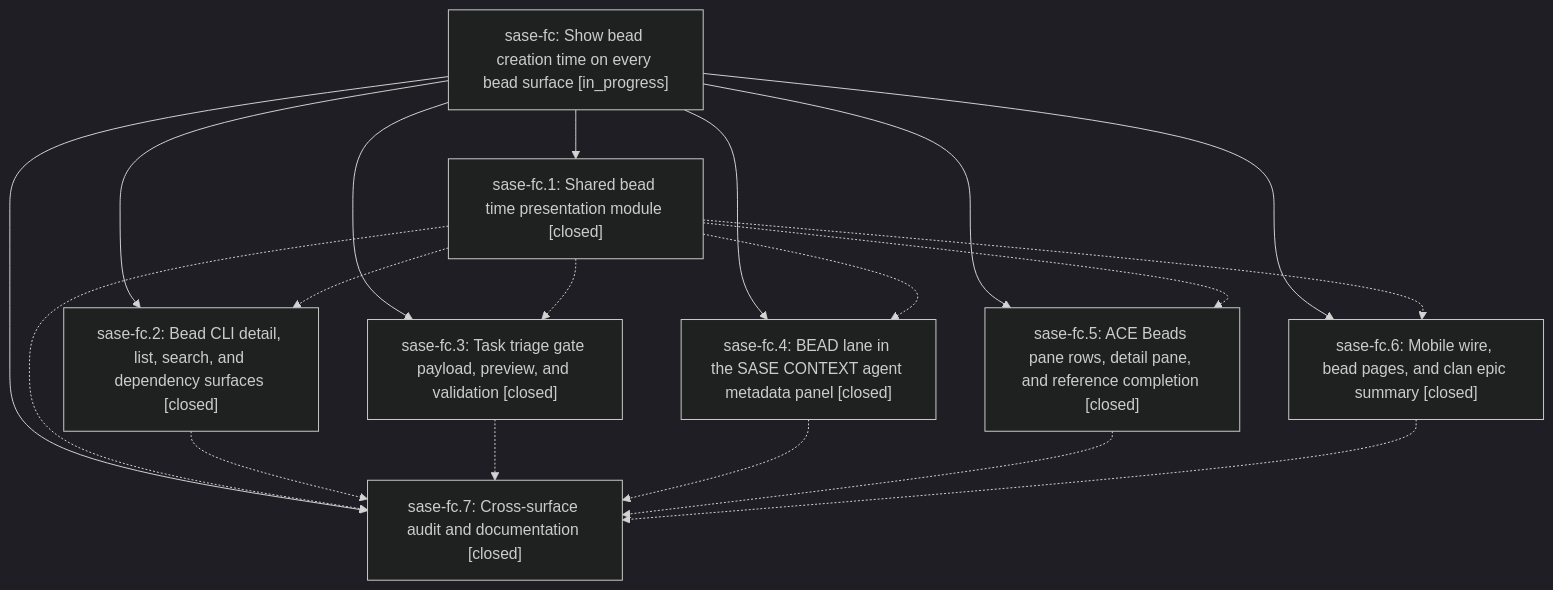
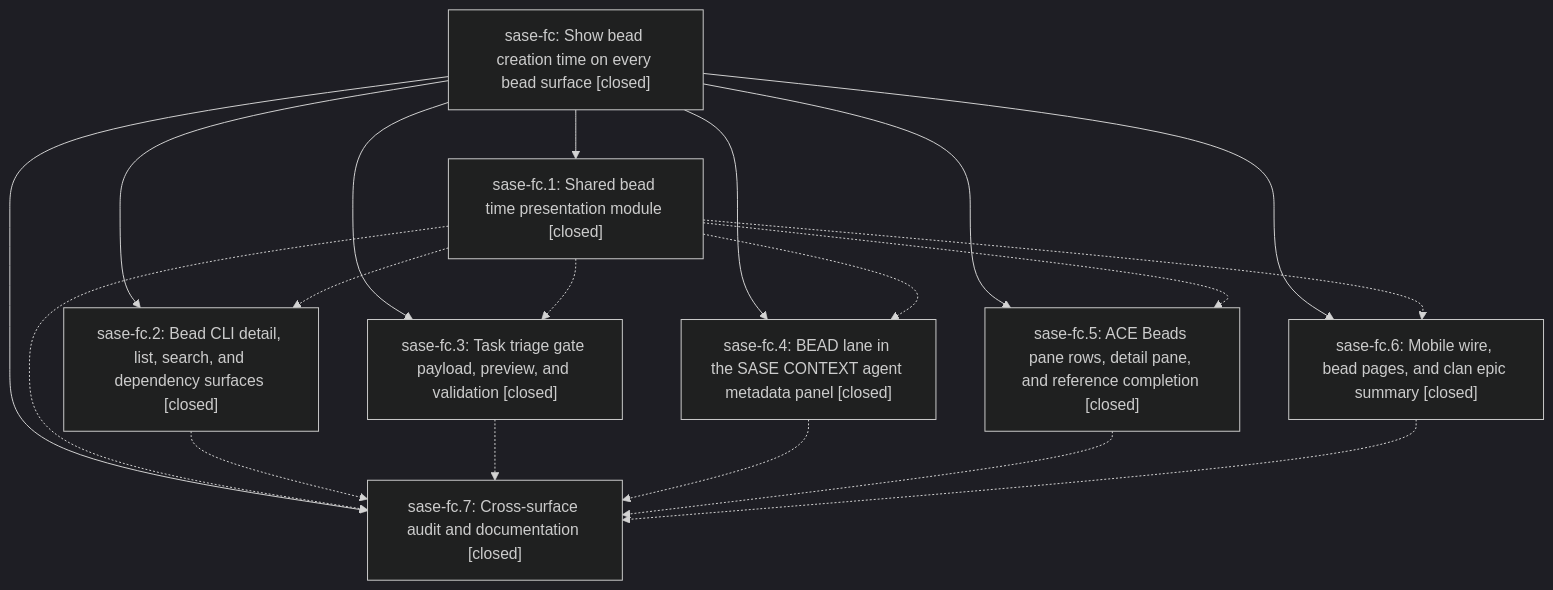
One commit to sase-org/sase--beads changed the diagram in pages/sase-fc/README.md. Above: the diagram before and after it, drawn with Mermaid (dark theme). The commit also changed other lines of this file, not shown here.

First line of the commit message:
chore(beads): sync bead state and pages for sase-fc

````diff
--- a/pages/sase-fc/README.md
+++ b/pages/sase-fc/README.md
@@ -28,29 +46,29 @@
 ```mermaid
 flowchart TD
-    n0["sase-fc: Show bead creation time on every bead surface [in_progress]"]
+    n0["sase-fc: Show bead creation time on every bead surface [closed]"]
     n1["sase-fc.1: Shared bead time presentation module [closed]"]
     n2["sase-fc.2: Bead CLI detail, list, search, and dependency surfaces [closed]"]
     n3["sase-fc.3: Task triage gate payload, preview, and validation [closed]"]
     n4["sase-fc.4: BEAD lane in the SASE CONTEXT agent metadata panel [closed]"]
     n5["sase-fc.5: ACE Beads pane rows, detail pane, and reference completion [closed]"]
     n6["sase-fc.6: Mobile wire, bead pages, and clan epic summary [closed]"]
     n7["sase-fc.7: Cross-surface audit and documentation [closed]"]
     n0 --> n1
     n0 --> n2
     n0 --> n3
     n0 --> n4
     n0 --> n5
     n0 --> n6
     n0 --> n7
     n1 -.-> n2
     n1 -.-> n3
     n1 -.-> n4
     n1 -.-> n5
     n1 -.-> n6
     n1 -.-> n7
     n2 -.-> n7
     n3 -.-> n7
     n4 -.-> n7
     n5 -.-> n7
     n6 -.-> n7
 ```
````
